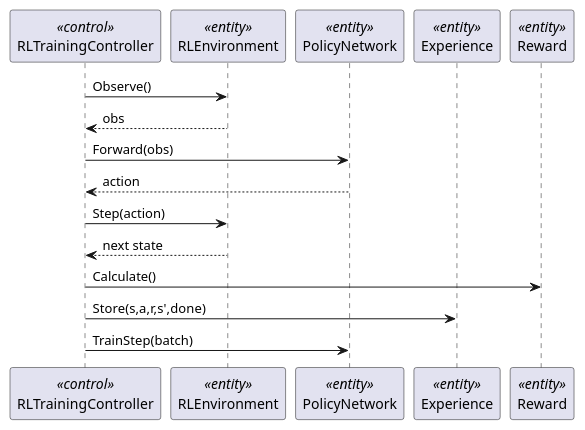
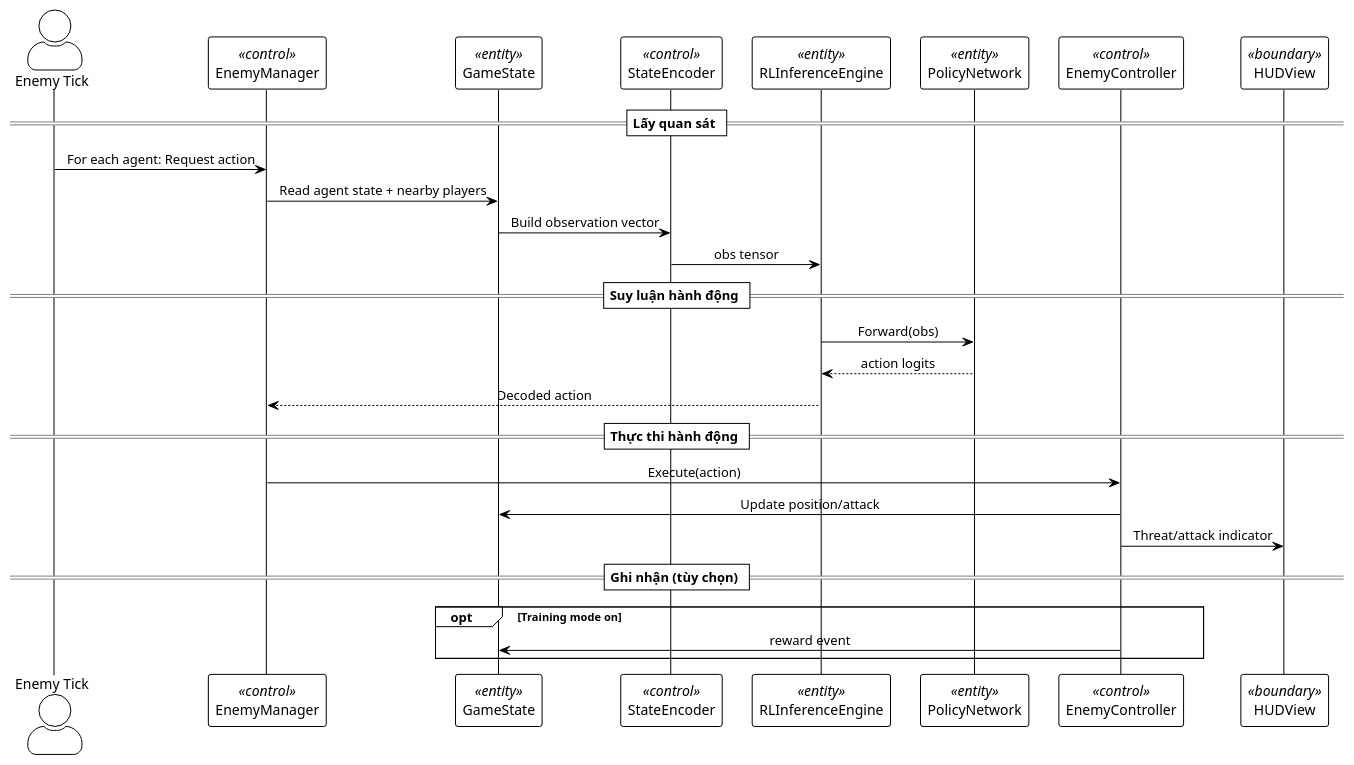
One commit to KhanhLvFlaZ/VampireSurvivors changed the sixth of 9 diagrams in docs/2.2_Thiet_ke_he_thong.md. Above: the diagram before and after it, drawn with PlantUML. The commit also changed other lines of this file and 139 other files, not shown here.

First line of the commit message:
feat: Add use case diagrams for RL action inference and model training

````diff
--- a/docs/2.2_Thiet_ke_he_thong.md
+++ b/docs/2.2_Thiet_ke_he_thong.md
@@ -281,19 +364,40 @@
 ```plantuml
 @startuml
-participant RLTrainingController <<control>>
-participant RLEnvironment <<entity>>
+!theme plain
+skinparam backgroundColor #FFFFFF
+skinparam actorStyle awesome
+skinparam sequenceMessageAlign center
+
+actor "Enemy Tick" as Tick
+
+participant EnemyManager <<control>>
+participant GameState <<entity>>
+participant StateEncoder <<control>>
+participant RLInferenceEngine <<entity>>
 participant PolicyNetwork <<entity>>
-participant Experience <<entity>>
-participant Reward <<entity>>
+participant EnemyController <<control>>
+participant HUDView <<boundary>>
 
-RLTrainingController -> RLEnvironment: Observe()
-RLEnvironment --> RLTrainingController: obs
-RLTrainingController -> PolicyNetwork: Forward(obs)
-PolicyNetwork --> RLTrainingController: action
-RLTrainingController -> RLEnvironment: Step(action)
-RLEnvironment --> RLTrainingController: next state
-RLTrainingController -> Reward: Calculate()
-RLTrainingController -> Experience: Store(s,a,r,s',done)
-RLTrainingController -> PolicyNetwork: TrainStep(batch)
+== Lấy quan sát ==
+Tick -> EnemyManager : For each agent: Request action
+EnemyManager -> GameState : Read agent state + nearby players
+GameState -> StateEncoder : Build observation vector
+StateEncoder -> RLInferenceEngine : obs tensor
+
+== Suy luận hành động ==
+RLInferenceEngine -> PolicyNetwork : Forward(obs)
+PolicyNetwork --> RLInferenceEngine : action logits
+RLInferenceEngine --> EnemyManager : Decoded action
+
+== Thực thi hành động ==
+EnemyManager -> EnemyController : Execute(action)
+EnemyController -> GameState : Update position/attack
+EnemyController -> HUDView : Threat/attack indicator
+
+== Ghi nhận (tùy chọn) ==
+opt Training mode on
+  EnemyController -> GameState : reward event
+end
+
 @enduml
 ```
````
